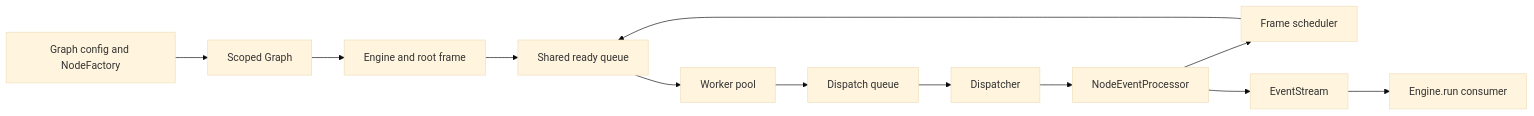
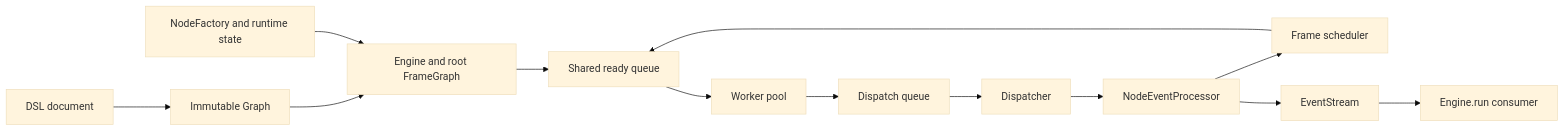
The diagram in ARCHITECTURE.md (langgenius/graphon), drawn with Mermaid (base theme) before and after one commit. The commit also changed other lines of this file and 41 other files, not shown here.

First line of the commit message:
feat(graph)!: separate graph definitions from execution frames

````diff
--- a/ARCHITECTURE.md
+++ b/ARCHITECTURE.md
@@ -46,14 +58,15 @@
 ```mermaid
 flowchart LR
-    Config[Graph config and NodeFactory] --> Graph[Scoped Graph]
-    Graph --> Engine[Engine and root frame]
+    DSL[DSL document] --> Graph[Immutable Graph]
+    Graph --> Engine[Engine and root FrameGraph]
+    Host[NodeFactory and runtime state] --> Engine
     Engine --> Ready[Shared ready queue]
     Ready --> Workers[Worker pool]
     Workers --> Dispatch[Dispatch queue]
     Dispatch --> Dispatcher[Dispatcher]
     Dispatcher --> Processor[NodeEventProcessor]
     Processor --> Scheduler[Frame scheduler]
     Scheduler --> Ready
     Processor --> Stream[EventStream]
     Stream --> Consumer[Engine.run consumer]
 ```
````
